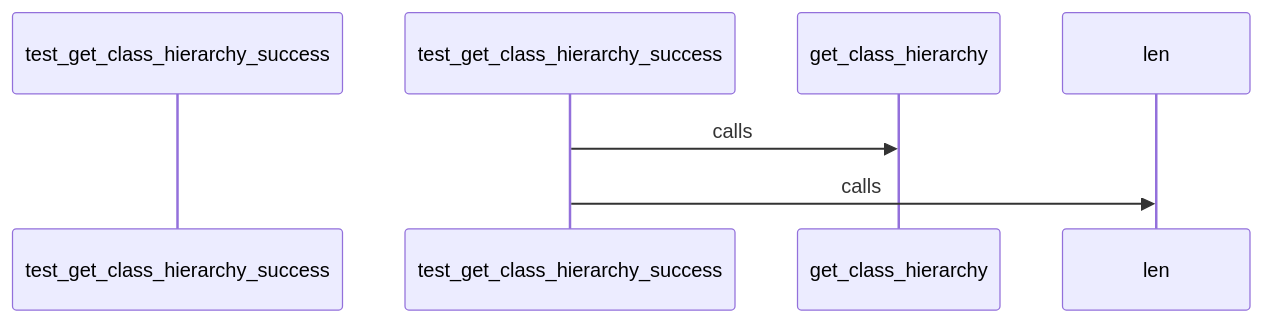
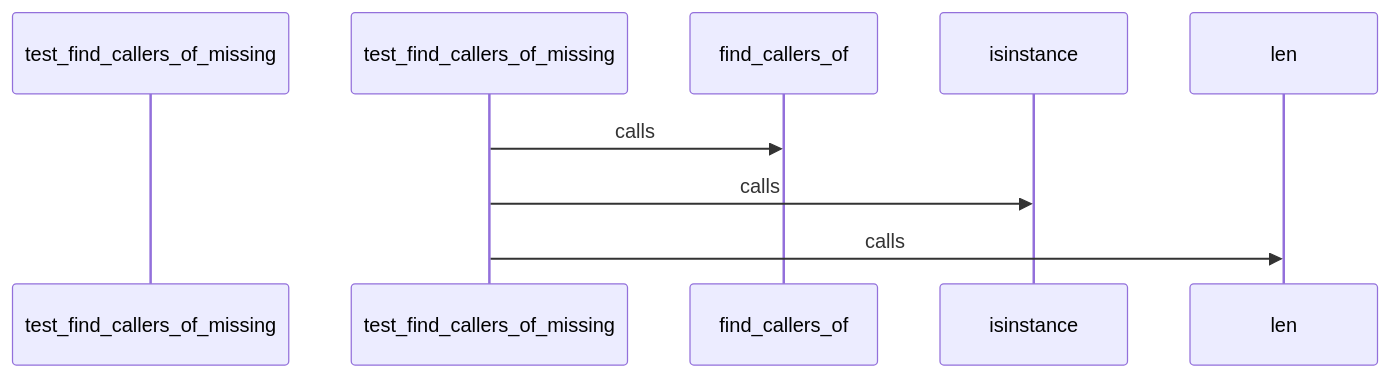
Before and after one commit to hazalkoom/DECODEx01: diagram 24 of 27 in docs/CALL_FLOW.md, drawn with Mermaid. The commit also changed other lines of this file and 12 other files, not shown here.

````diff
--- a/docs/CALL_FLOW.md
+++ b/docs/CALL_FLOW.md
@@ -983,13 +895,17 @@
 ```mermaid
 sequenceDiagram
-    participant Start as test_get_class_hierarchy_success
+    participant Start as test_find_callers_of_missing
 
 
-    test_get_class_hierarchy_success->>get_class_hierarchy: calls
+    test_find_callers_of_missing->>find_callers_of: calls
 
 
 
-    test_get_class_hierarchy_success->>len: calls
+    test_find_callers_of_missing->>isinstance: calls
+
+
+
+    test_find_callers_of_missing->>len: calls
 
 
 ```
````
